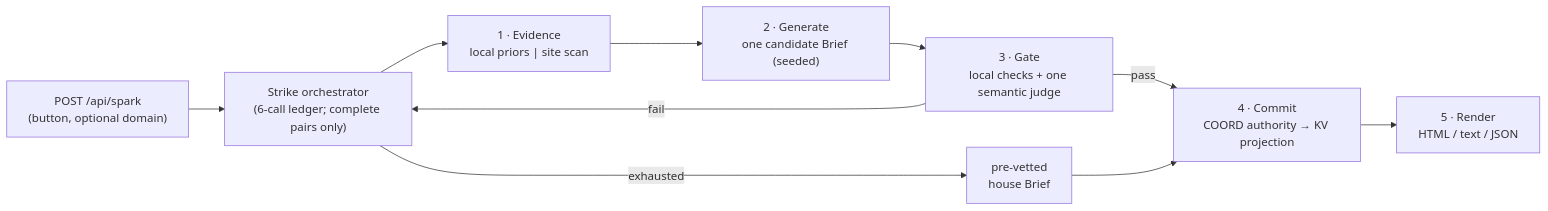
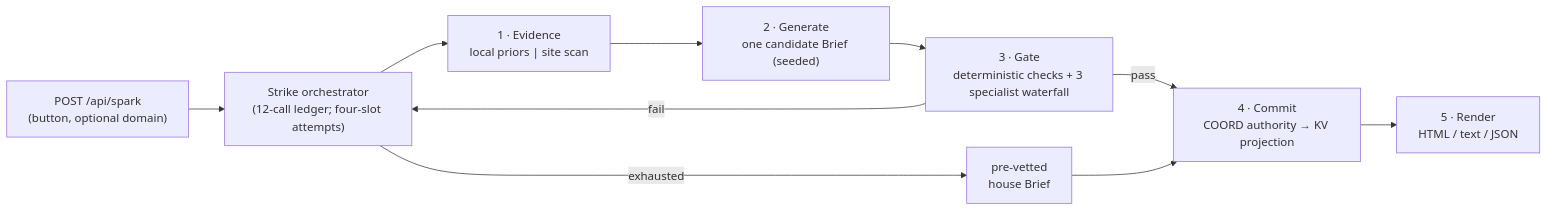
Before and after one commit to Hearn-Systems-LLC/oddspark.dev: the diagram in _bmad-output/planning-artifacts/architecture/architecture-oddspark-2026-08-15/ARCHITECTURE-SPINE.md, drawn with Mermaid. The commit also changed other lines of this file and 7 other files, not shown here.

Commit message:
docs: approve specialist judge pipeline architecture

````diff
--- a/_bmad-output/planning-artifacts/architecture/architecture-oddspark-2026-08-15/ARCHITECTURE-SPINE.md
+++ b/_bmad-output/planning-artifacts/architecture/architecture-oddspark-2026-08-15/ARCHITECTURE-SPINE.md
@@ -30,12 +31,12 @@
 ```mermaid
 flowchart LR
-    IN["POST /api/spark<br/>(button, optional domain)"] --> ORCH["Strike orchestrator<br/>(6-call ledger; complete pairs only)"]
+    IN["POST /api/spark<br/>(button, optional domain)"] --> ORCH["Strike orchestrator<br/>(12-call ledger; four-slot attempts)"]
     ORCH --> EV["1 · Evidence<br/>local priors | site scan"]
     EV --> GEN["2 · Generate<br/>one candidate Brief (seeded)"]
-    GEN --> GATE["3 · Gate<br/>local checks + one semantic judge"]
+    GEN --> GATE["3 · Gate<br/>deterministic checks + 3 specialist waterfall"]
     GATE -->|fail| ORCH
     GATE -->|pass| COMMIT["4 · Commit<br/>COORD authority → KV projection"]
     ORCH -->|exhausted| HOUSE["pre-vetted<br/>house Brief"]
     HOUSE --> COMMIT
     COMMIT --> RENDER["5 · Render<br/>HTML / text / JSON"]
 ```
````
